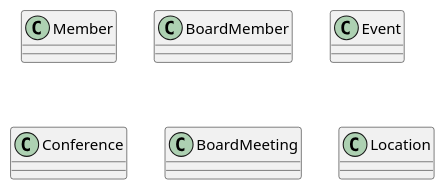
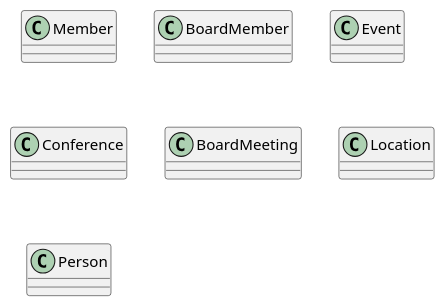
The diagram in src/UMLClasesUOC.puml (AlbertBeto/UMLClasesAlbertPB), drawn with PlantUML before and after one commit. The commit also changed 1 other file, not shown here.

Commit message:
Incluida la clase Person

```diff
--- a/src/UMLClasesUOC.puml
+++ b/src/UMLClasesUOC.puml
@@ -1,20 +1,21 @@
 @startuml
 'https://plantuml.com/class-diagram
 
 class Member {
 }
 class BoardMember {
 }
 class Event {
 }
 class Conference {
 }
 class BoardMeeting {
 }
 class Location {
 }
-
+class Person {
+}
 
 
 
 @enduml
```
